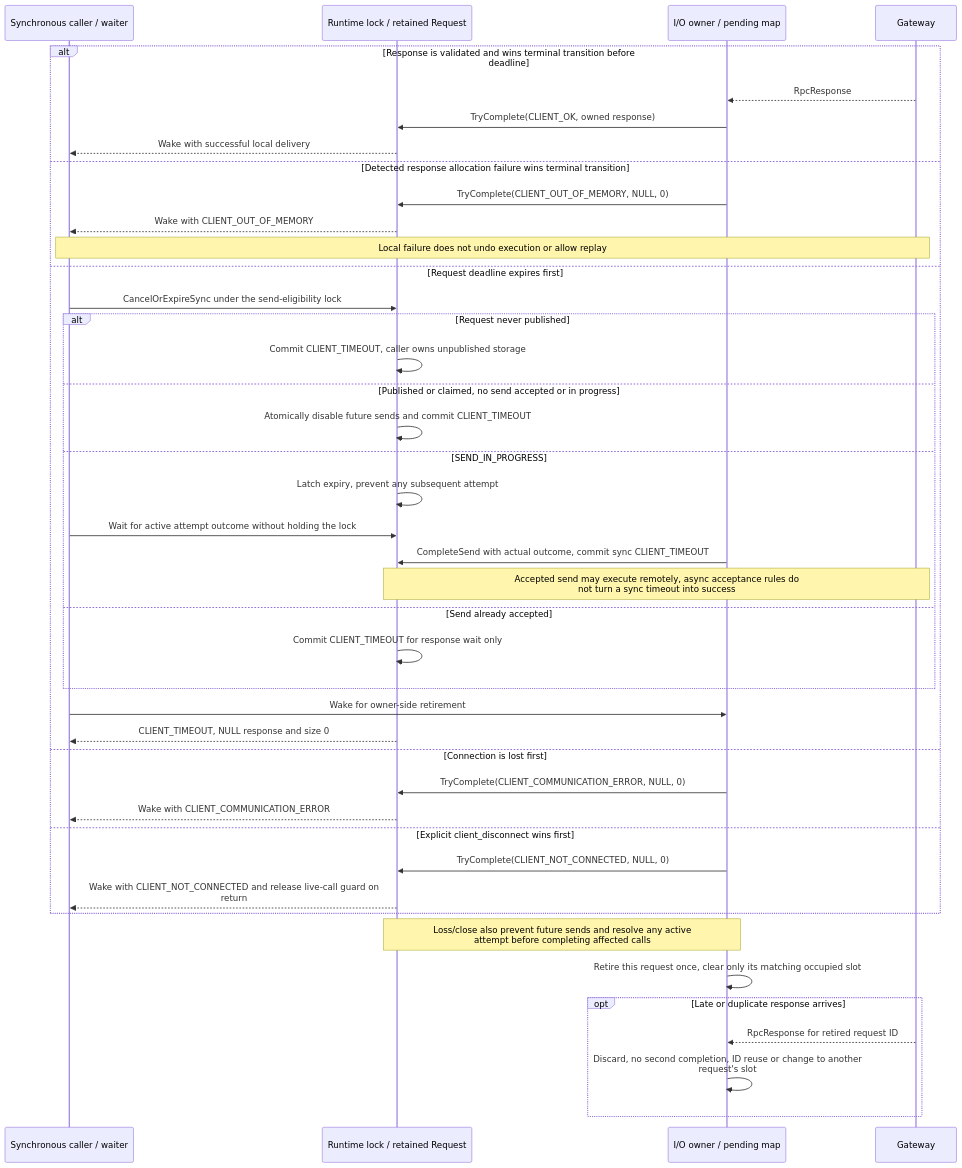
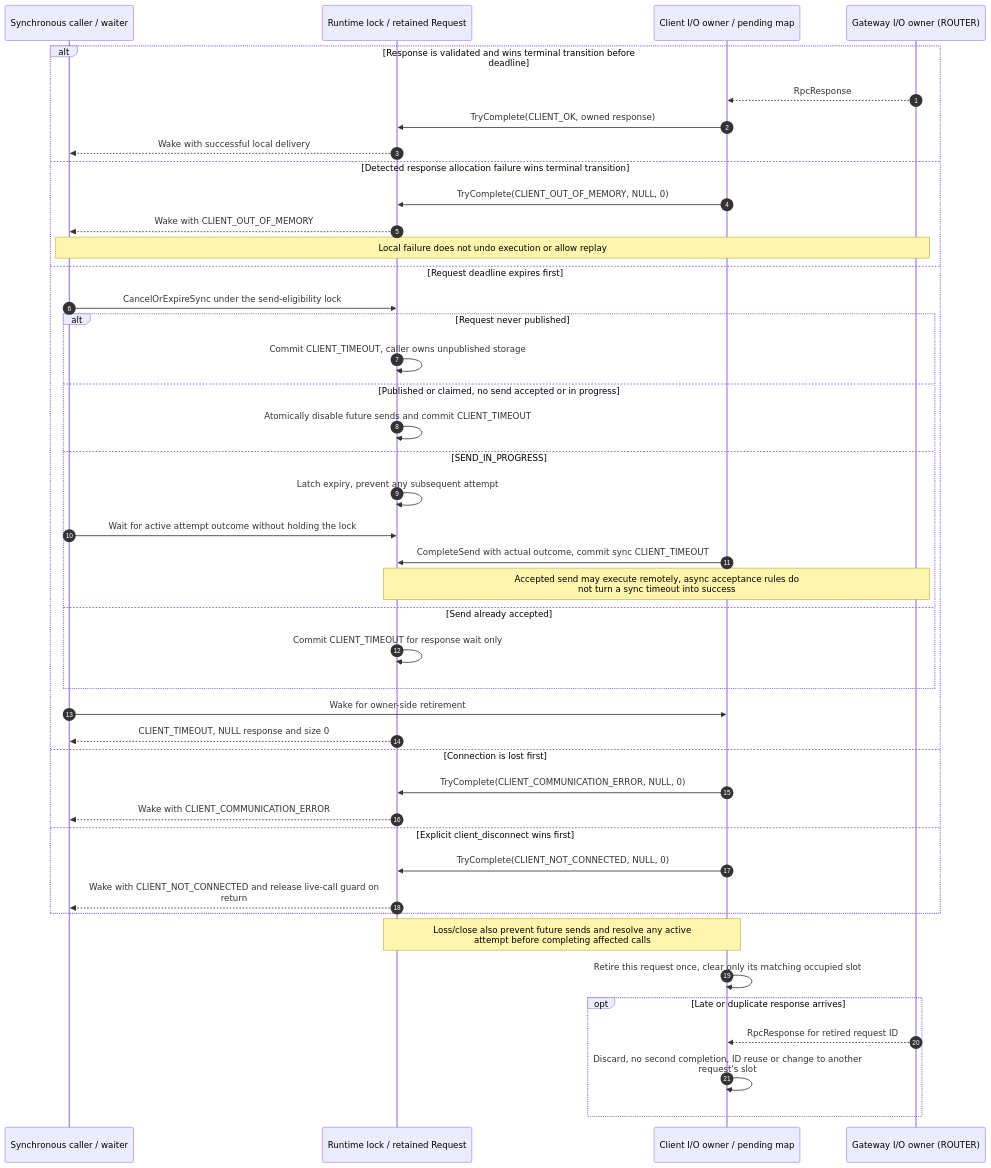
The seventh of 15 diagrams in doc/EyilClient.md (rdkcentral/eyil-secure-gateway), drawn with Mermaid before and after one commit. The commit also changed other lines of this file and 1 other file, not shown here.

Commit message:
RDKEMW-27976: Fix UML charts

````diff
--- a/doc/EyilClient.md
+++ b/doc/EyilClient.md
@@ -1297,44 +1179,45 @@
 ```mermaid
 sequenceDiagram
+    autonumber
     participant A as Synchronous caller / waiter
     participant R as Runtime lock / retained Request
-    participant IO as I/O owner / pending map
-    participant G as Gateway
+    participant IO as Client I/O owner / pending map
+    participant G as Gateway I/O owner (ROUTER)
     alt Response is validated and wins terminal transition before<br/>deadline
         G-->>IO: RpcResponse
         IO->>R: TryComplete(CLIENT_OK, owned response)
         R-->>A: Wake with successful local delivery
     else Detected response allocation failure wins terminal transition
         IO->>R: TryComplete(CLIENT_OUT_OF_MEMORY, NULL, 0)
         R-->>A: Wake with CLIENT_OUT_OF_MEMORY
         Note over A,G: Local failure does not undo execution or allow replay
     else Request deadline expires first
         A->>R: CancelOrExpireSync under the send-eligibility lock
         alt Request never published
             R->>R: Commit CLIENT_TIMEOUT, caller owns unpublished storage
         else Published or claimed, no send accepted or in progress
             R->>R: Atomically disable future sends and commit CLIENT_TIMEOUT
         else SEND_IN_PROGRESS
             R->>R: Latch expiry, prevent any subsequent attempt
             A->>R: Wait for active attempt outcome without holding the lock
             IO->>R: CompleteSend with actual outcome, commit sync CLIENT_TIMEOUT
             Note over R,G: Accepted send may execute remotely, async acceptance rules do<br/>not turn a sync timeout into success
         else Send already accepted
             R->>R: Commit CLIENT_TIMEOUT for response wait only
         end
         A->>IO: Wake for owner-side retirement
         R-->>A: CLIENT_TIMEOUT, NULL response and size 0
     else Connection is lost first
         IO->>R: TryComplete(CLIENT_COMMUNICATION_ERROR, NULL, 0)
         R-->>A: Wake with CLIENT_COMMUNICATION_ERROR
     else Explicit client_disconnect wins first
         IO->>R: TryComplete(CLIENT_NOT_CONNECTED, NULL, 0)
         R-->>A: Wake with CLIENT_NOT_CONNECTED and release live-call guard on<br/>return
     end
     Note over R,IO: Loss/close also prevent future sends and resolve any active<br/>attempt before completing affected calls
     IO->>IO: Retire this request once, clear only its matching occupied slot
     opt Late or duplicate response arrives
         G-->>IO: RpcResponse for retired request ID
         IO->>IO: Discard, no second completion, ID reuse or change to another<br/>request's slot
     end
 ```
````
